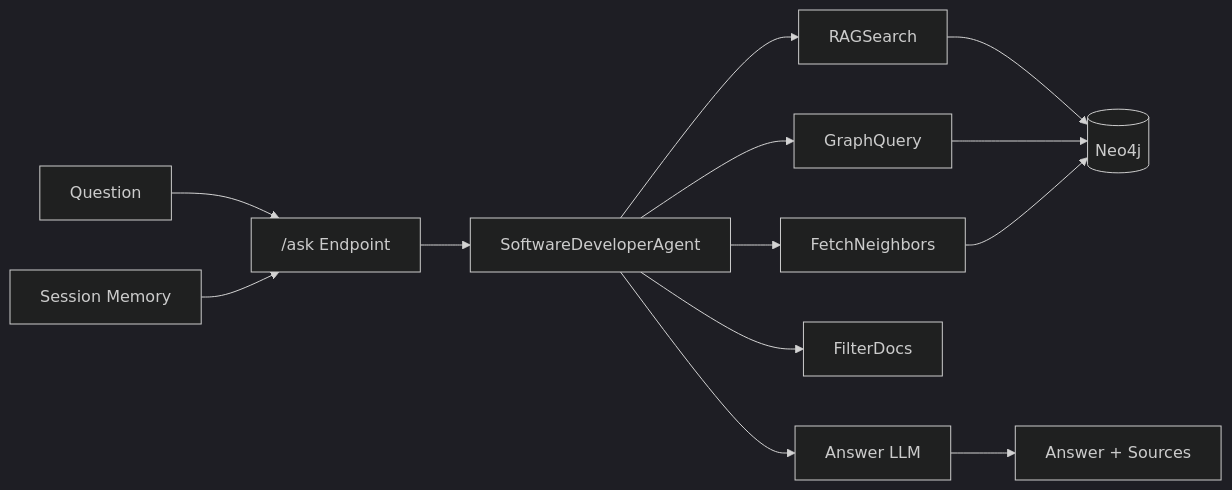
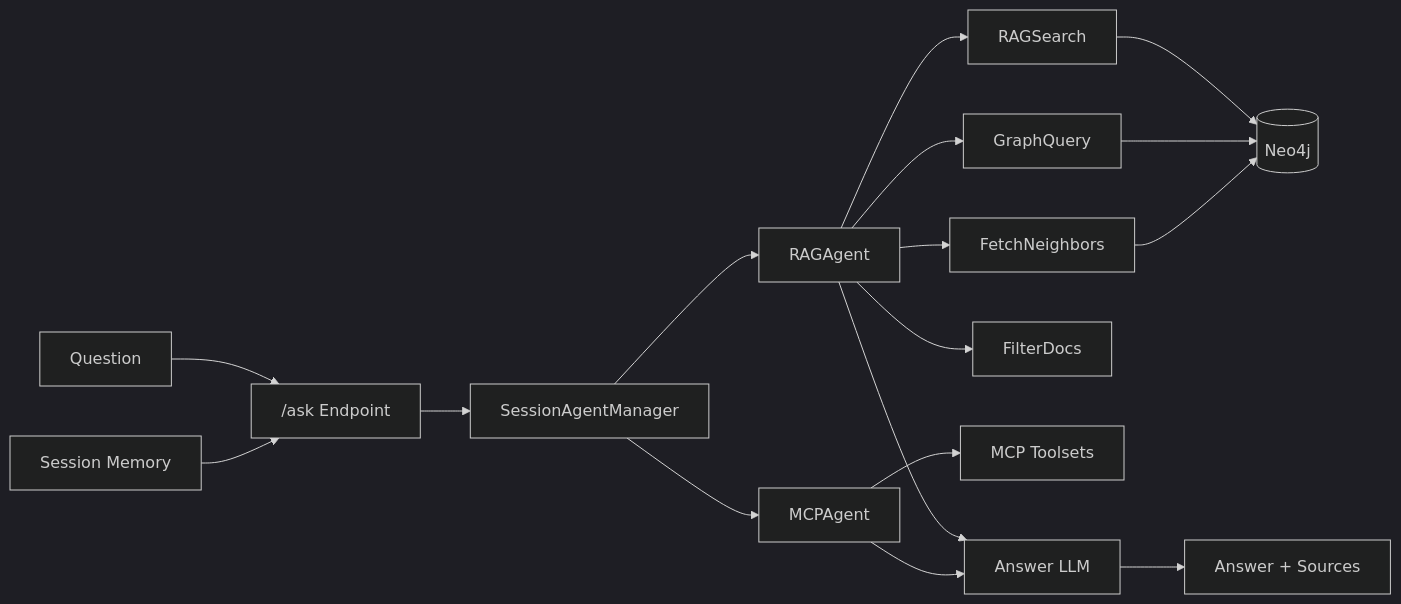
One commit to TrisNol/project-kraken changed the sixth of 6 diagrams in docs/ARCHITECTURE.md. Above: the diagram before and after it, drawn with Mermaid (dark theme). The commit also changed other lines of this file and 2 other files, not shown here.

````diff
--- a/docs/ARCHITECTURE.md
+++ b/docs/ARCHITECTURE.md
@@ -496,15 +530,19 @@
 ```mermaid
 graph LR
     Q[Question] --> API["/ask Endpoint"]
     S[Session Memory] --> API
-    API --> AG[SoftwareDeveloperAgent]
-    AG --> T1[RAGSearch]
-    AG --> T2[GraphQuery]
-    AG --> T3[FetchNeighbors]
-    AG --> T4[FilterDocs]
+    API --> SMA[SessionAgentManager]
+    SMA --> RAG[RAGAgent]
+    SMA --> MCP[MCPAgent]
+    RAG --> T1[RAGSearch]
+    RAG --> T2[GraphQuery]
+    RAG --> T3[FetchNeighbors]
+    RAG --> T4[FilterDocs]
+    MCP --> T5[MCP Toolsets]
     T1 --> N[(Neo4j)]
     T2 --> N
     T3 --> N
-    AG --> LLM[Answer LLM]
+    RAG --> LLM[Answer LLM]
+    MCP --> LLM
     LLM --> A[Answer + Sources]
 ```
````
